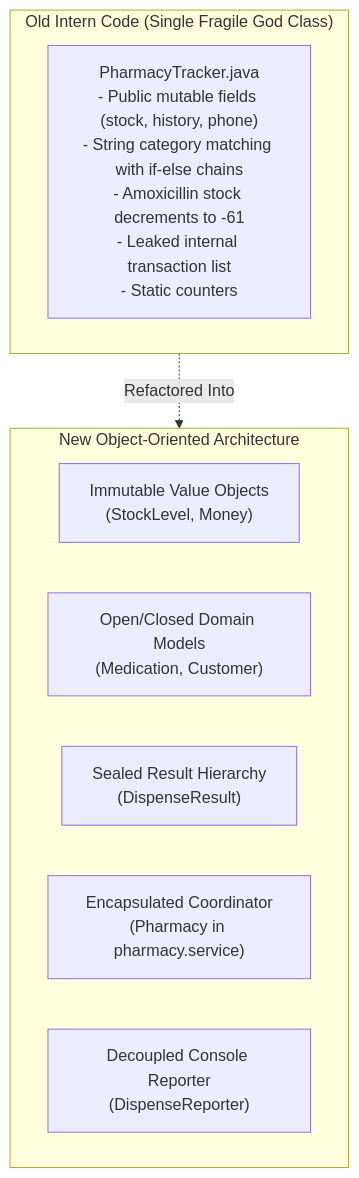
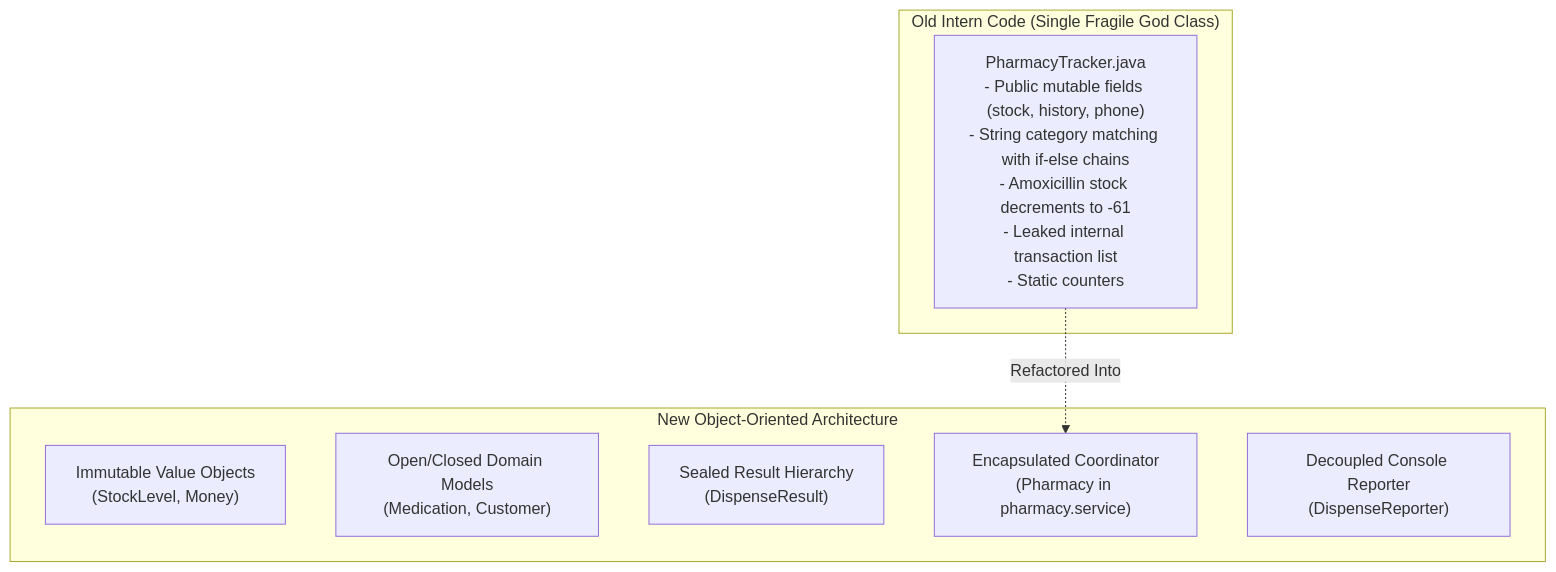
One commit to john-okyere-282/akosua-pharmacy-project changed the seventh of 7 diagrams in docs/architecture.md. Above: the diagram before and after it, drawn with Mermaid. The commit also changed other lines of this file and 8 other files, not shown here.

Commit message:
docs: fix Mermaid syntax errors and overhaul README with old/new architecture and ADR rationales

````diff
--- a/docs/architecture.md
+++ b/docs/architecture.md
@@ -350,16 +353,16 @@
 ```mermaid
 flowchart TD
     subgraph Old["Old Intern Code (Single Fragile God Class)"]
         OldGod["PharmacyTracker.java<br/>- Public mutable fields (stock, history, phone)<br/>- String category matching with if-else chains<br/>- Amoxicillin stock decrements to -61<br/>- Leaked internal transaction list<br/>- Static counters"]
     end
 
     subgraph New["New Object-Oriented Architecture"]
         NewVal["Immutable Value Objects<br/>(StockLevel, Money)"]
         NewPoly["Open/Closed Domain Models<br/>(Medication, Customer)"]
         NewResult["Sealed Result Hierarchy<br/>(DispenseResult)"]
         NewCoord["Encapsulated Coordinator<br/>(Pharmacy in pharmacy.service)"]
         NewRep["Decoupled Console Reporter<br/>(DispenseReporter)"]
     end
 
-    Old -.->|Refactored Into| New
+    OldGod -.->|Refactored Into| NewCoord
 ```
````
